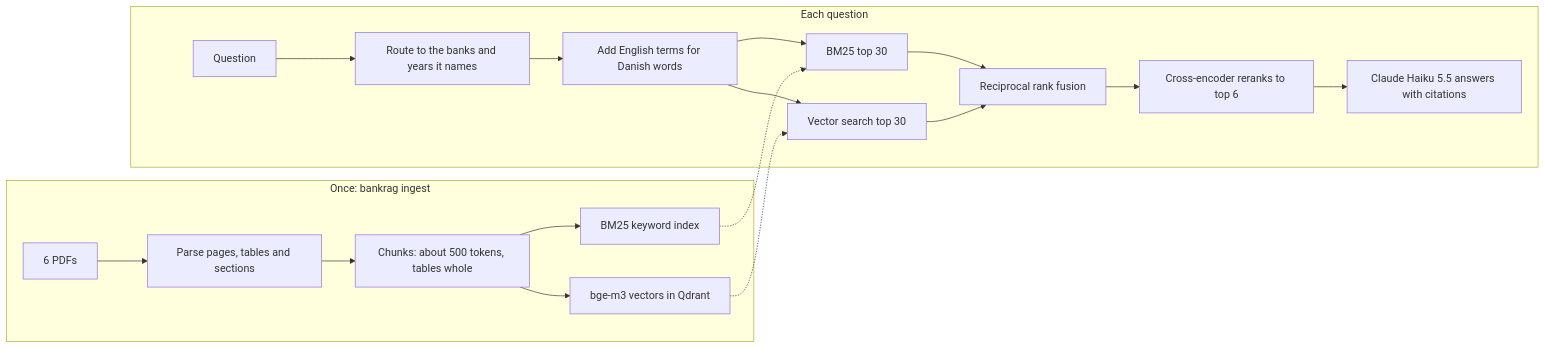
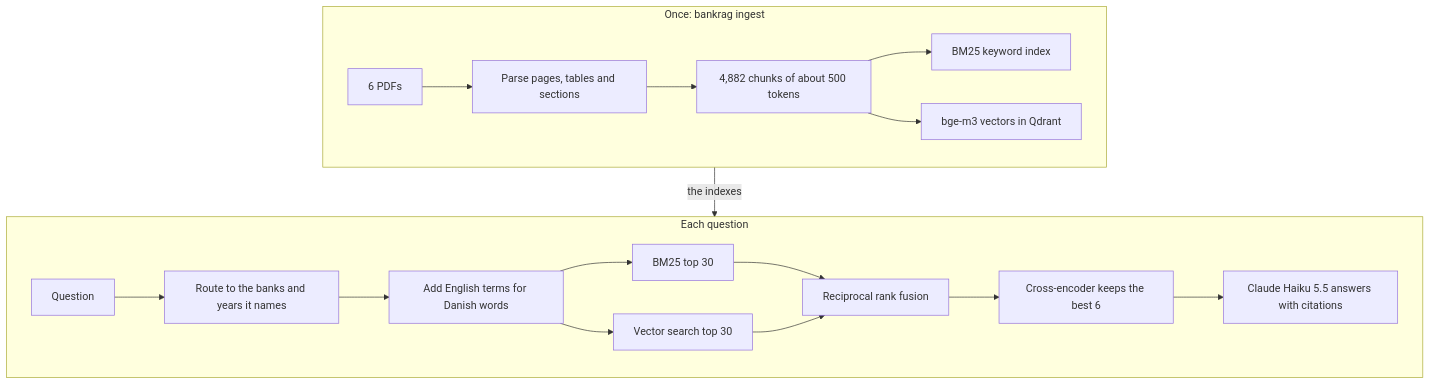
The diagram in README.md (AndersHenriksen-dev/nordic-bank-report-rag), drawn with Mermaid before and after one commit.

Commit message:
Stack the pipeline diagram so it is readable on GitHub
Side by side, the two stages rendered too small to read.

````diff
--- a/README.md
+++ b/README.md
@@ -32,21 +32,22 @@
 ```mermaid
-flowchart LR
+flowchart TB
     subgraph once["Once: bankrag ingest"]
+        direction LR
         P[6 PDFs] --> PA[Parse pages, tables and sections]
-        PA --> CH[Chunks: about 500 tokens, tables whole]
+        PA --> CH[4,882 chunks of about 500 tokens]
         CH --> BM[BM25 keyword index]
         CH --> QD[bge-m3 vectors in Qdrant]
     end
     subgraph each["Each question"]
+        direction LR
         Q[Question] --> RT[Route to the banks and years it names]
         RT --> GL[Add English terms for Danish words]
         GL --> S1[BM25 top 30]
         GL --> S2[Vector search top 30]
         S1 --> RRF[Reciprocal rank fusion]
         S2 --> RRF
-        RRF --> RR[Cross-encoder reranks to top 6]
+        RRF --> RR[Cross-encoder keeps the best 6]
         RR --> CL[Claude Haiku 5.5 answers with citations]
     end
-    BM -.-> S1
-    QD -.-> S2
+    once -- the indexes --> each
 ```
````
